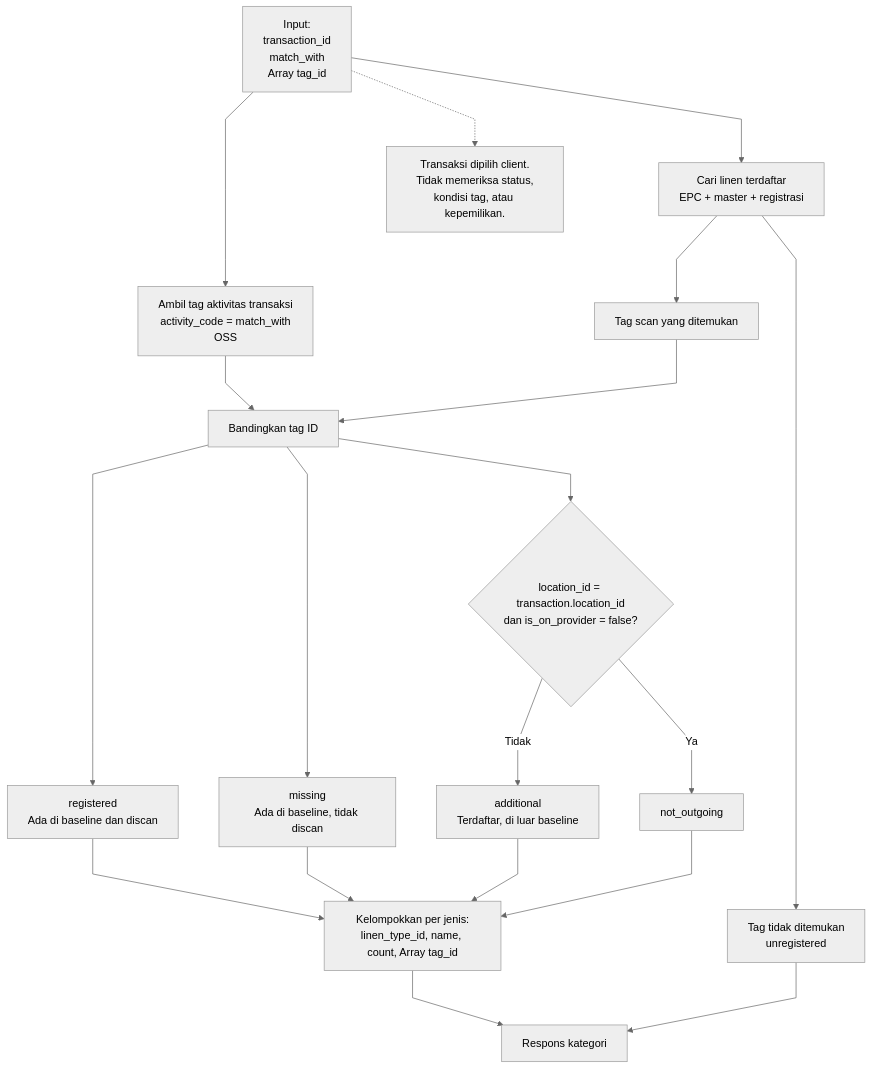
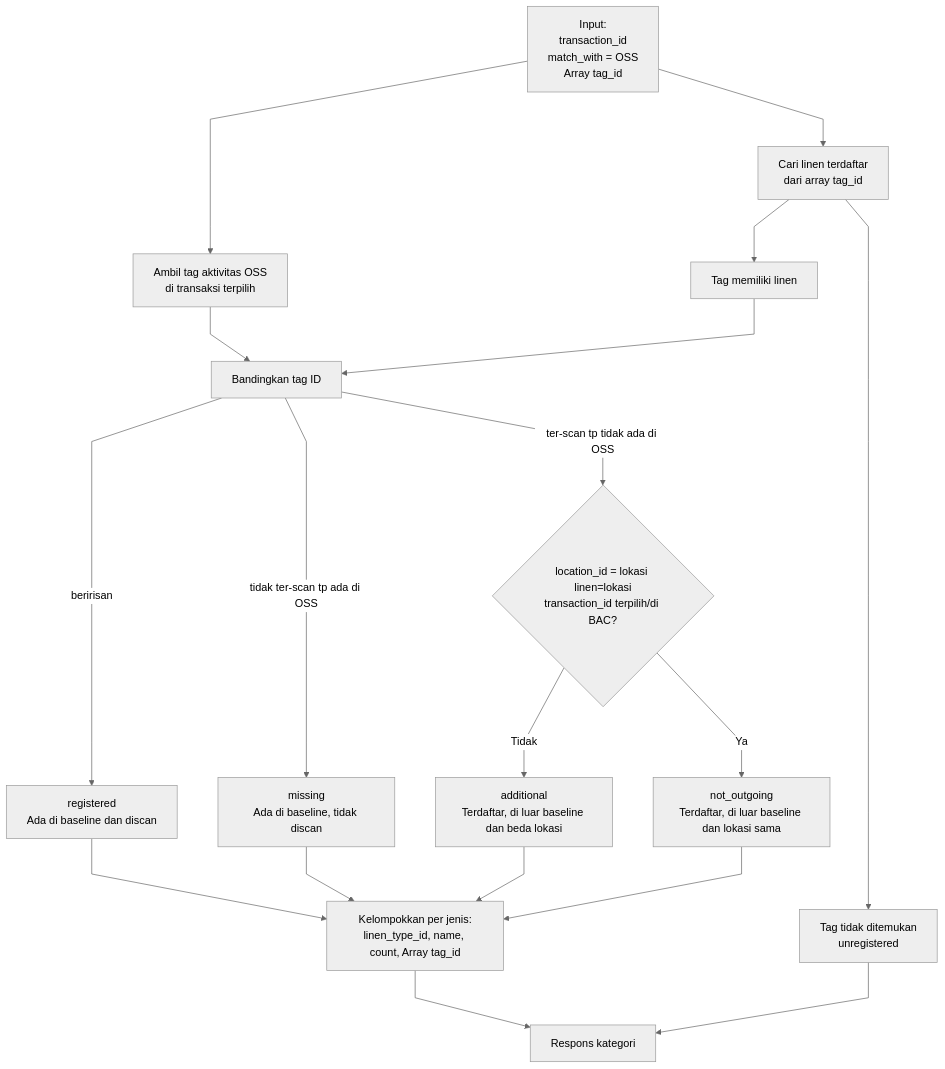
One commit to bagaskrmn/bac-flow-laundry changed the second of 3 diagrams in laundry-activities/driver-pickup-soil.md. Above: the diagram before and after it, drawn with Mermaid (neutral theme). The commit also changed other lines of this file and 2 other files, not shown here.

````diff
--- a/laundry-activities/driver-pickup-soil.md
+++ b/laundry-activities/driver-pickup-soil.md
@@ -12,29 +12,29 @@
 ```mermaid
 %%{init: {'flowchart': {'curve': 'linear', 'nodeSpacing': 60, 'rankSpacing': 80, 'diagramPadding': 24}}}%%
 flowchart TD
-    N_IN["Input:<br/>transaction_id<br/>match_with<br/>Array tag_id"]
+    N_IN["Input:<br/>transaction_id<br/>match_with = OSS<br/>Array tag_id"]
 
-    N_IN --> N_MASTER["Cari linen terdaftar<br/>EPC + master + registrasi"]
-    N_MASTER --> N_REGISTERED["Tag scan yang ditemukan"]
+    N_IN --> N_MASTER["Cari linen terdaftar<br/>dari array tag_id"]
+    N_MASTER --> N_REGISTERED["Tag memiliki linen"]
     N_MASTER --> N_UNREG["Tag tidak ditemukan<br/>unregistered"]
 
-    N_IN --> N_BASE["Ambil tag aktivitas transaksi<br/>activity_code = match_with<br/>OSS"]
+    N_IN --> N_BASE["Ambil tag aktivitas OSS<br/>di transaksi terpilih"]
     N_BASE --> N_COMP["Bandingkan tag ID"]
     N_REGISTERED --> N_COMP
 
-    N_COMP --> N_MATCH["registered<br/>Ada di baseline dan discan"]
-    N_COMP --> N_MISS["missing<br/>Ada di baseline, tidak discan"]
-    N_COMP --> N_CHECK_ADD{"location_id = transaction.location_id<br/>dan is_on_provider = false?"}
+    N_COMP -->|beririsan| N_MATCH["registered<br/>Ada di baseline dan discan"]
+    N_COMP --> |tidak ter-scan tp ada di OSS|N_MISS["missing<br/>Ada di baseline, tidak discan"]
+    N_COMP --> |ter-scan tp tidak ada di OSS|N_CHECK_ADD{"location_id = lokasi linen=lokasi<br/>transaction_id terpilih/di BAC?"}
 
-    N_CHECK_ADD -->|Ya| N_NOT_OUT["not_outgoing"]
-    N_CHECK_ADD -->|Tidak| N_ADD["additional<br/>Terdaftar, di luar baseline"]
+    N_CHECK_ADD -->|Ya| N_NOT_OUT["not_outgoing<br/>Terdaftar, di luar baseline dan lokasi sama"]
+    N_CHECK_ADD -->|Tidak| N_ADD["additional<br/>Terdaftar, di luar baseline dan beda lokasi"]
 
     N_MATCH --> N_GROUP["Kelompokkan per jenis:<br/>linen_type_id, name, count, Array tag_id"]
     N_MISS --> N_GROUP
     N_ADD --> N_GROUP
     N_NOT_OUT --> N_GROUP
     N_GROUP --> N_RES["Respons kategori"]
     N_UNREG --> N_RES
 
-    N_IN -.-> N_RULE["Transaksi dipilih client.<br/>Tidak memeriksa status,<br/>kondisi tag, atau kepemilikan."]
+    class N_CHECK_ADD,N_NOT_OUT danger
 ```
````
